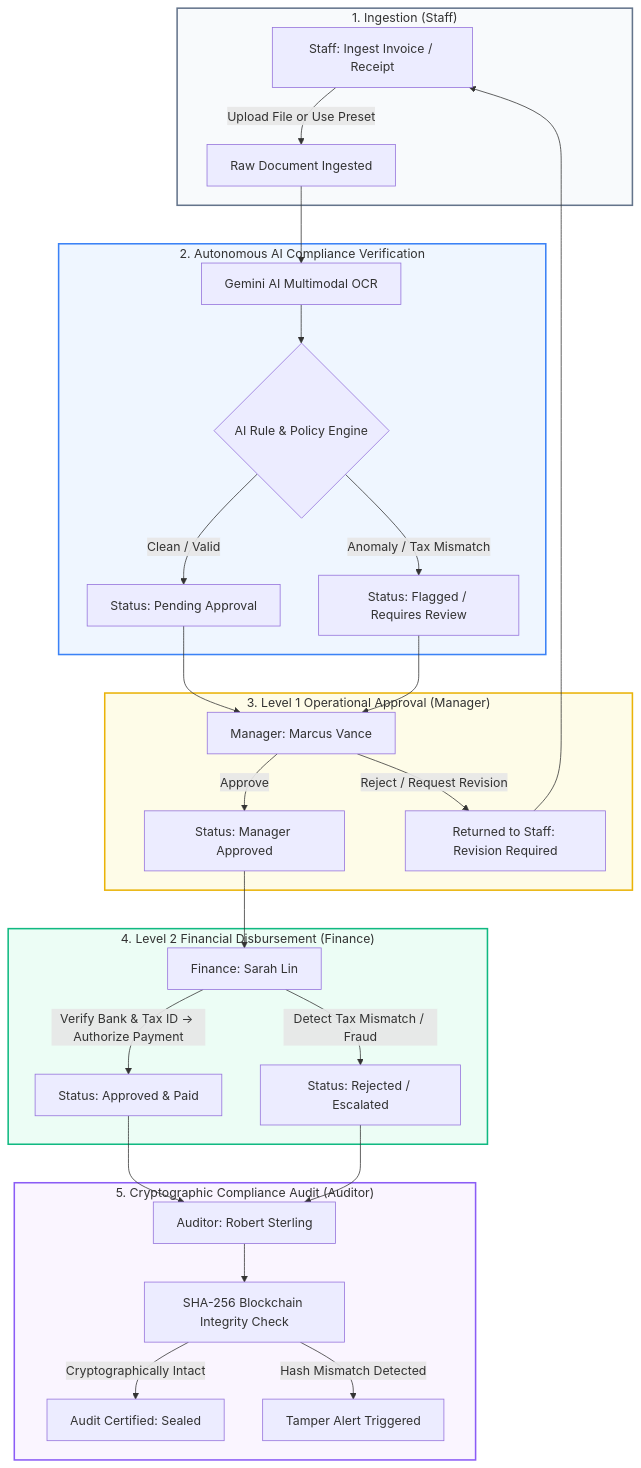
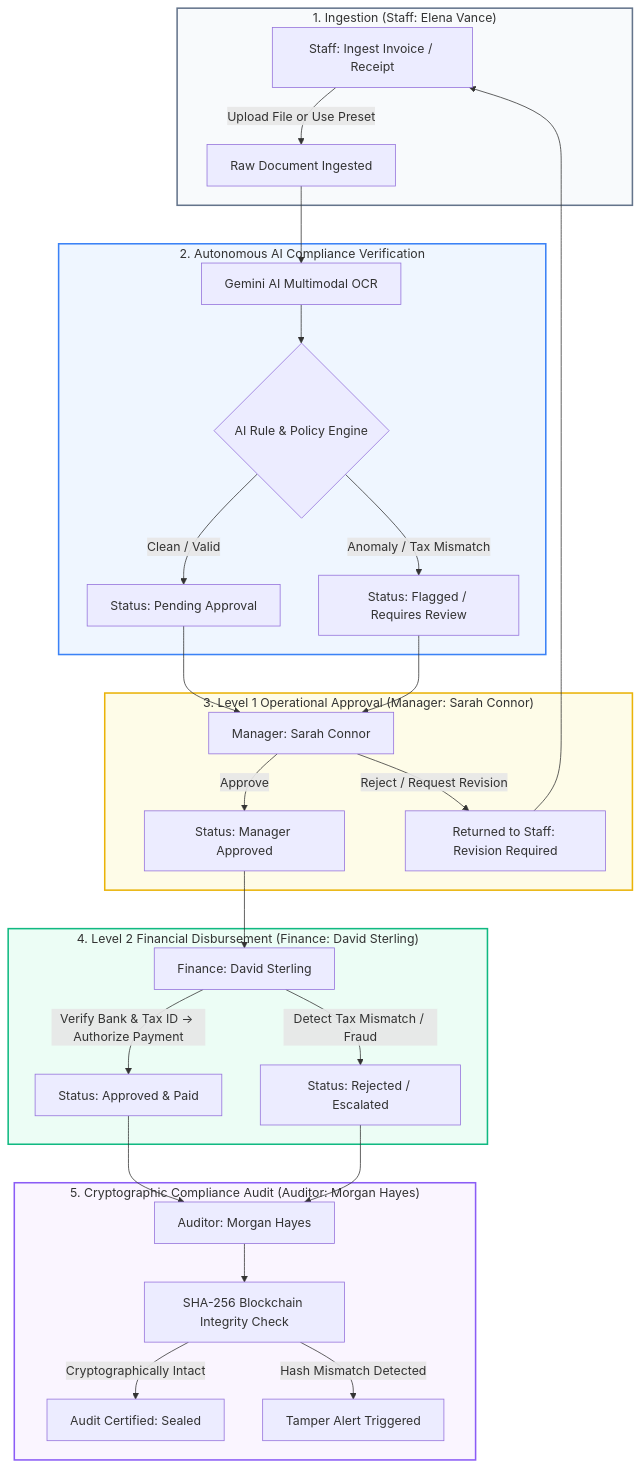
The diagram in README.md (ZillerDX/ai-document-workflow), drawn with Mermaid before and after one commit. The commit also changed other lines of this file, not shown here.

Commit message:
docs: finalize README with live GitHub Pages link and architectural specs

````diff
--- a/README.md
+++ b/README.md
@@ -36,41 +36,41 @@
 ```mermaid
 flowchart TD
-    subgraph S1["1. Ingestion (Staff)"]
+    subgraph S1["1. Ingestion (Staff: Elena Vance)"]
         A[Staff: Ingest Invoice / Receipt] -->|Upload File or Use Preset| B[Raw Document Ingested]
     end
 
     subgraph S2["2. Autonomous AI Compliance Verification"]
         B --> C[Gemini AI Multimodal OCR]
         C --> D{AI Rule & Policy Engine}
         D -->|Clean / Valid| E[Status: Pending Approval]
         D -->|Anomaly / Tax Mismatch| F[Status: Flagged / Requires Review]
     end
 
-    subgraph S3["3. Level 1 Operational Approval (Manager)"]
-        E --> G[Manager: Marcus Vance]
+    subgraph S3["3. Level 1 Operational Approval (Manager: Sarah Connor)"]
+        E --> G[Manager: Sarah Connor]
         F --> G
         G -->|Approve| H[Status: Manager Approved]
         G -->|Reject / Request Revision| I[Returned to Staff: Revision Required]
         I --> A
     end
 
-    subgraph S4["4. Level 2 Financial Disbursement (Finance)"]
-        H --> J[Finance: Sarah Lin]
+    subgraph S4["4. Level 2 Financial Disbursement (Finance: David Sterling)"]
+        H --> J[Finance: David Sterling]
         J -->|Verify Bank & Tax ID -> Authorize Payment| K[Status: Approved & Paid]
         J -->|Detect Tax Mismatch / Fraud| L[Status: Rejected / Escalated]
     end
 
-    subgraph S5["5. Cryptographic Compliance Audit (Auditor)"]
-        K --> M[Auditor: Robert Sterling]
+    subgraph S5["5. Cryptographic Compliance Audit (Auditor: Morgan Hayes)"]
+        K --> M[Auditor: Morgan Hayes]
         L --> M
         M --> N[SHA-256 Blockchain Integrity Check]
         N -->|Cryptographically Intact| O[Audit Certified: Sealed]
         N -->|Hash Mismatch Detected| P[Tamper Alert Triggered]
     end
 
     style S1 fill:#f8fafc,stroke:#64748b,stroke-width:2px
     style S2 fill:#eff6ff,stroke:#3b82f6,stroke-width:2px
     style S3 fill:#fefce8,stroke:#eab308,stroke-width:2px
     style S4 fill:#ecfdf5,stroke:#10b981,stroke-width:2px
     style S5 fill:#faf5ff,stroke:#8b5cf6,stroke-width:2px
 ```
````
